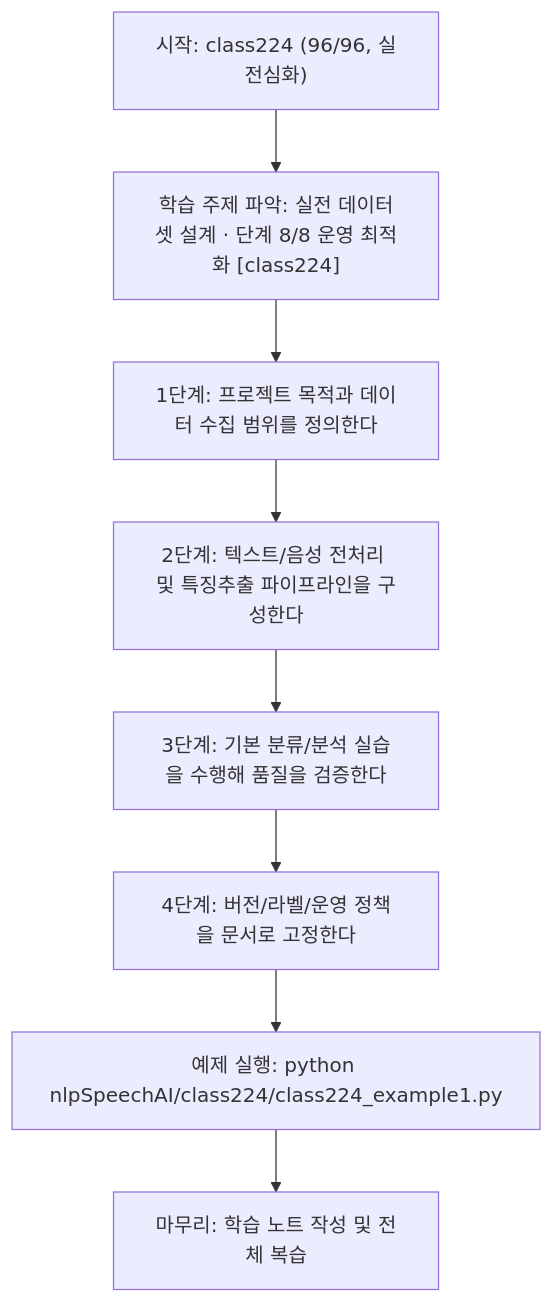
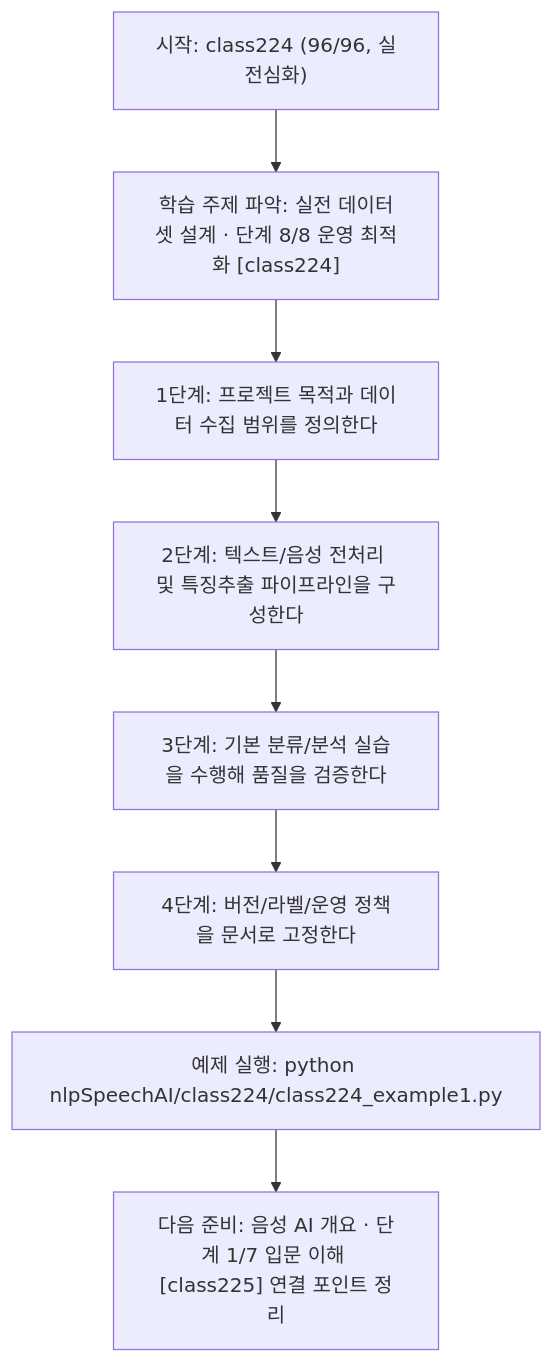
One commit to edumgt/Python-AI_Agent-Class changed the diagram in nlpSpeechAI/class224/class224.md. Above: the diagram before and after it, drawn with Mermaid. The commit also changed other lines of this file and 1409 other files, not shown here.

````diff
--- a/nlpSpeechAI/class224/class224.md
+++ b/nlpSpeechAI/class224/class224.md
@@ -95,18 +93,18 @@
 ```mermaid
 flowchart TD
 N1["시작: class224 (96/96, 실전심화)"]
 N2["학습 주제 파악: 실전 데이터셋 설계 · 단계 8/8 운영 최적화 [class224]"]
 N3["1단계: 프로젝트 목적과 데이터 수집 범위를 정의한다"]
 N4["2단계: 텍스트/음성 전처리 및 특징추출 파이프라인을 구성한다"]
 N5["3단계: 기본 분류/분석 실습을 수행해 품질을 검증한다"]
 N6["4단계: 버전/라벨/운영 정책을 문서로 고정한다"]
 N7["예제 실행: python nlpSpeechAI/class224/class224_example1.py"]
-N8["마무리: 학습 노트 작성 및 전체 복습"]
+N8["다음 준비: 음성 AI 개요 · 단계 1/7 입문 이해 [class225] 연결 포인트 정리"]
 N1 --> N2
 N2 --> N3
 N3 --> N4
 N4 --> N5
 N5 --> N6
 N6 --> N7
 N7 --> N8
 ```
````
